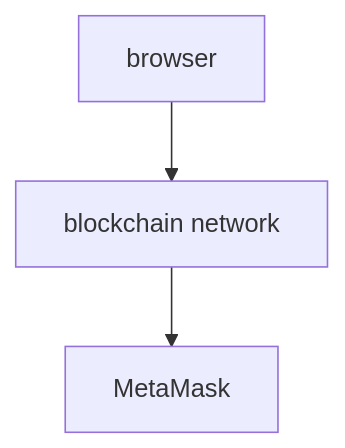
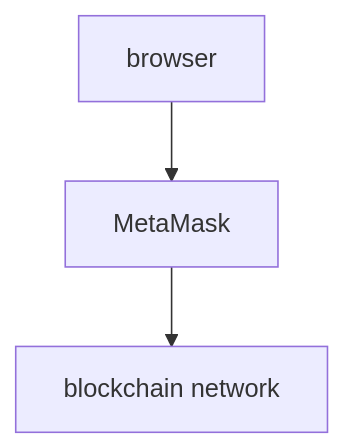
The second of 2 diagrams in day91/web3.md (LeeJaeHyekk/blockchain7), drawn with Mermaid before and after one commit. The commit also changed other lines of this file and 1 other file, not shown here.

````diff
--- a/day91/web3.md
+++ b/day91/web3.md
@@ -44,7 +51,7 @@
-  ```mermaid
-  flowchart
-  A[browser]
-  B[blockchain network]
-  C[MetaMask]
-  A-->B-->C
-  ```
+      ```mermaid
+      flowchart
+      A[browser]
+      B[blockchain network]
+      C[MetaMask]
+      A-->C-->B
+      ```
````
